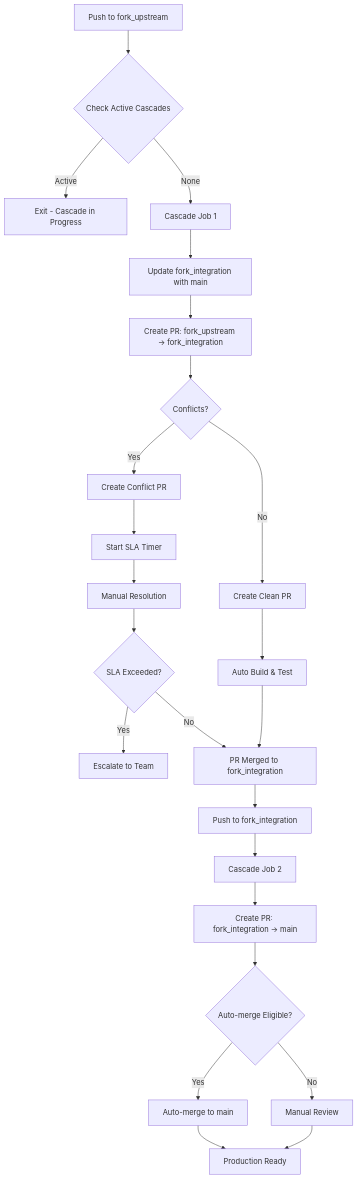
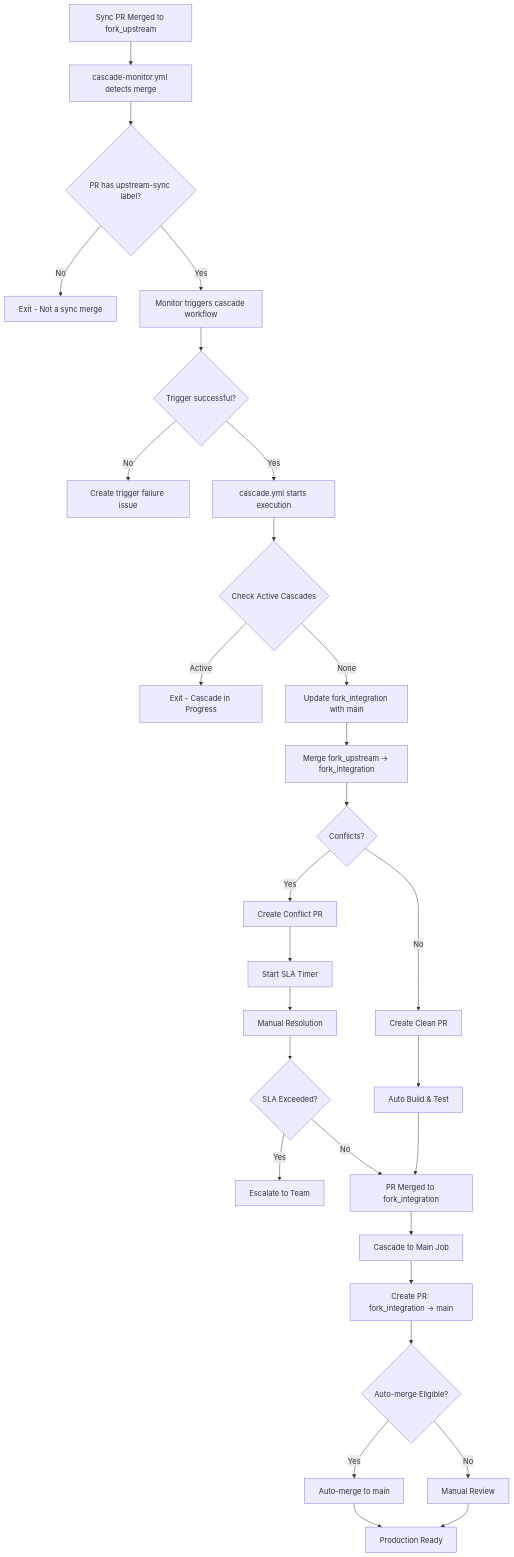
Before and after one commit to danielscholl-osdu/osdu-fork-template: the diagram in doc/cascade-workflow.md, drawn with Mermaid. The commit also changed other lines of this file and 4 other files, not shown here.

````diff
--- a/doc/cascade-workflow.md
+++ b/doc/cascade-workflow.md
@@ -64,29 +62,35 @@
 ```mermaid
 flowchart TD
-    A[Push to fork_upstream] --> B{Check Active Cascades}
-    B -->|Active| B1[Exit - Cascade in Progress]
-    B -->|None| C[Cascade Job 1]
-    C --> D[Update fork_integration with main]
-    D --> E[Create PR: fork_upstream → fork_integration]
-    E --> F{Conflicts?}
-    F -->|Yes| G[Create Conflict PR]
-    F -->|No| H[Create Clean PR]
+    A[Sync PR Merged to fork_upstream] --> B[cascade-monitor.yml detects merge]
+    B --> C{PR has upstream-sync label?}
+    C -->|No| C1[Exit - Not a sync merge]
+    C -->|Yes| D[Monitor triggers cascade workflow]
+    D --> E{Trigger successful?}
+    E -->|No| E1[Create trigger failure issue]
+    E -->|Yes| F[cascade.yml starts execution]
     
-    G --> I[Start SLA Timer]
-    I --> J[Manual Resolution]
-    H --> K[Auto Build & Test]
+    F --> G{Check Active Cascades}
+    G -->|Active| G1[Exit - Cascade in Progress]
+    G -->|None| H[Update fork_integration with main]
+    H --> I[Merge fork_upstream → fork_integration]
+    I --> J{Conflicts?}
+    J -->|Yes| K[Create Conflict PR]
+    J -->|No| L[Create Clean PR]
     
-    J --> L{SLA Exceeded?}
-    L -->|Yes| M[Escalate to Team]
-    L -->|No| N[PR Merged to fork_integration]
-    K --> N
+    K --> M[Start SLA Timer]
+    M --> N[Manual Resolution]
+    L --> O[Auto Build & Test]
     
-    N --> O[Push to fork_integration]
-    O --> P[Cascade Job 2]
-    P --> Q[Create PR: fork_integration → main]
-    Q --> R{Auto-merge Eligible?}
-    R -->|Yes| S[Auto-merge to main]
-    R -->|No| T[Manual Review]
-    S --> U[Production Ready]
-    T --> U
+    N --> P{SLA Exceeded?}
+    P -->|Yes| Q[Escalate to Team]
+    P -->|No| R[PR Merged to fork_integration]
+    O --> R
+    
+    R --> S[Cascade to Main Job]
+    S --> T[Create PR: fork_integration → main]
+    T --> U{Auto-merge Eligible?}
+    U -->|Yes| V[Auto-merge to main]
+    U -->|No| W[Manual Review]
+    V --> X[Production Ready]
+    W --> X
 ```
````
